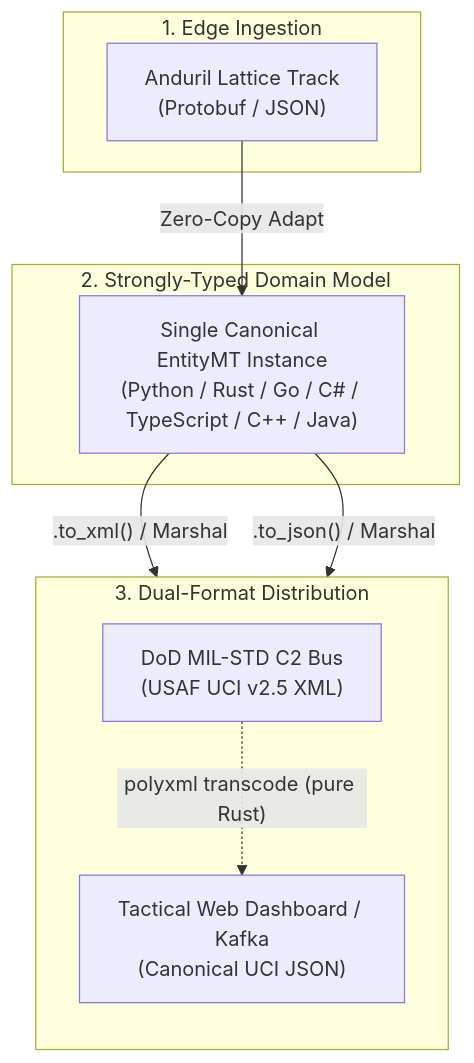
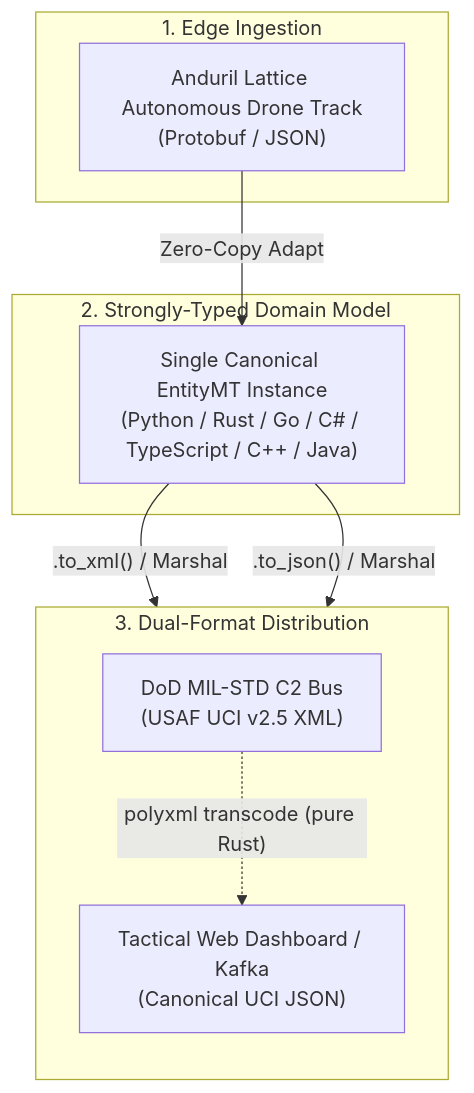
One commit to nth-bailey/polyxml-defense-examples changed the second of 2 diagrams in README.md. Above: the diagram before and after it, drawn with Mermaid. The commit also changed other lines of this file and 20 other files, not shown here.

Commit message:
feat: model autonomous drone airplane telemetry with UNCLASSIFIED classification across all 7 languages

````diff
--- a/README.md
+++ b/README.md
@@ -105,21 +105,21 @@
 ```mermaid
 flowchart TD
     subgraph Ingestion["1. Edge Ingestion"]
-        Lattice["Anduril Lattice Track<br/>(Protobuf / JSON)"]
+        Lattice["Anduril Lattice Autonomous Drone Track<br/>(Protobuf / JSON)"]
     end
 
     subgraph ModelLayer["2. Strongly-Typed Domain Model"]
         Model["Single Canonical EntityMT Instance<br/>(Python / Rust / Go / C# / TypeScript / C++ / Java)"]
     end
 
     subgraph Distribution["3. Dual-Format Distribution"]
         direction TB
         XML_Out["DoD MIL-STD C2 Bus<br/>(USAF UCI v2.5 XML)"]
         JSON_Out["Tactical Web Dashboard / Kafka<br/>(Canonical UCI JSON)"]
     end
 
     Lattice -->|"Zero-Copy Adapt"| Model
     Model -->|".to_xml() / Marshal"| XML_Out
     Model -->|".to_json() / Marshal"| JSON_Out
     XML_Out -.->|"polyxml transcode (pure Rust)"| JSON_Out
 ```
````
